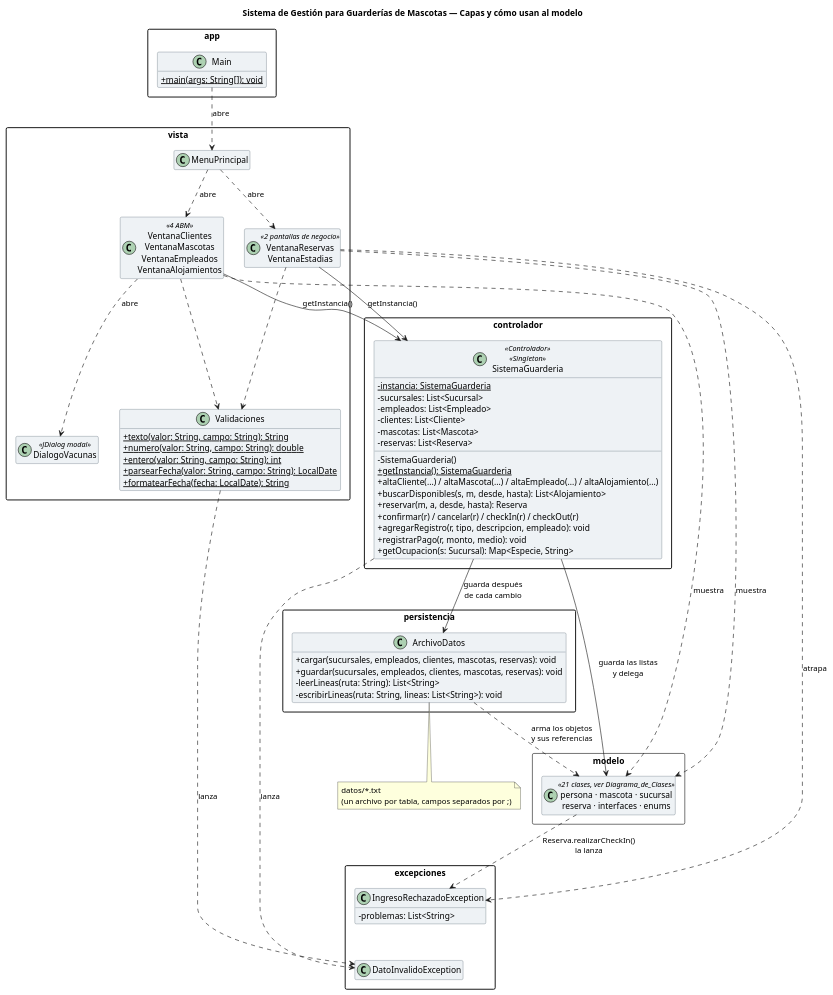
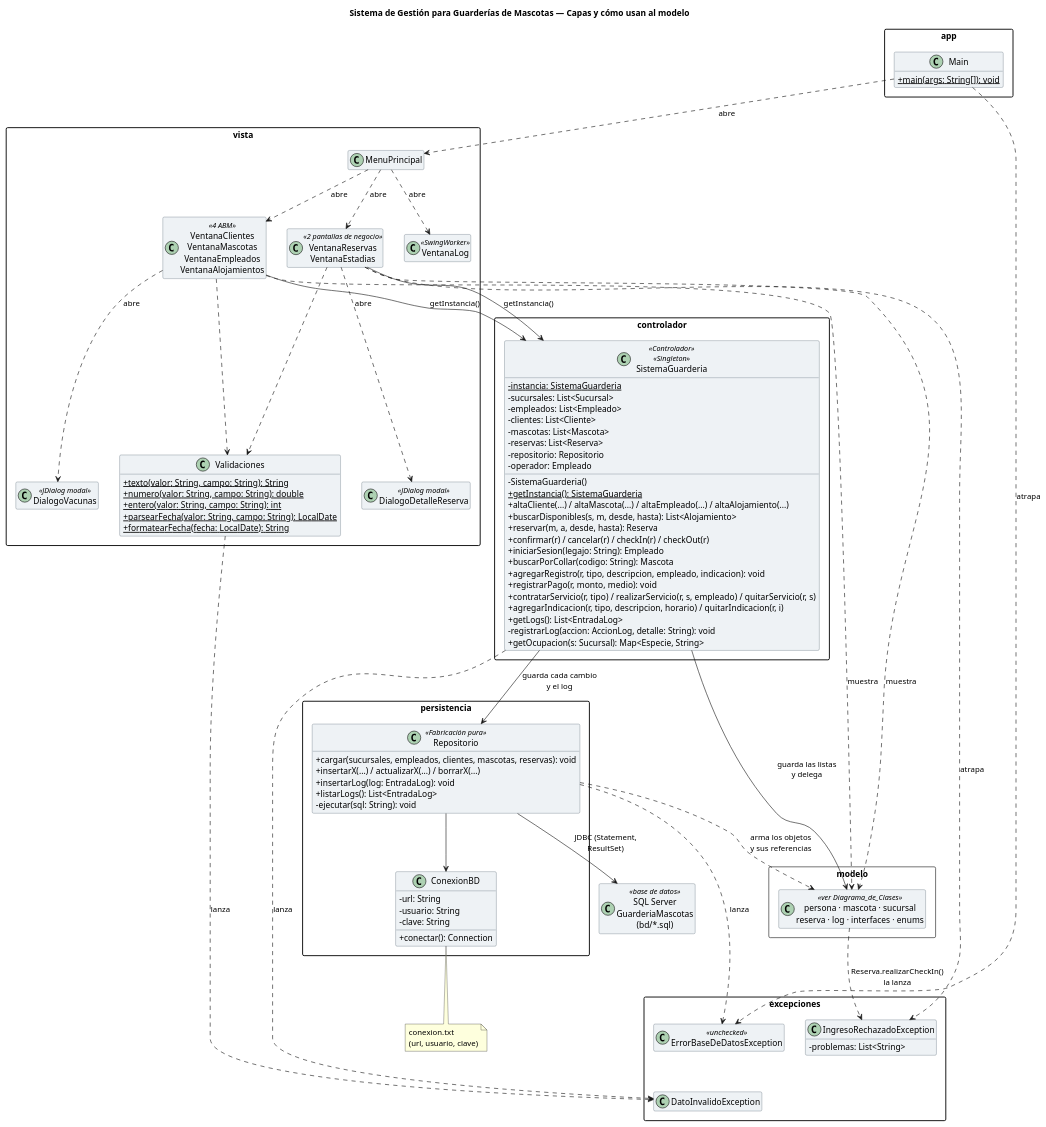
The diagram in diagrama/Diagrama_Capas.puml (felipemassun935/clase-poo-grupo4-tn), drawn with PlantUML before and after one commit. The commit also changed 50 other files, not shown here.

Commit message:
Servicios, indicaciones, collar, log y SQL Server

```diff
--- a/diagrama/Diagrama_Capas.puml
+++ b/diagrama/Diagrama_Capas.puml
@@ -1,97 +1,122 @@
 @startuml Diagrama_Capas
 title Sistema de Gestión para Guarderías de Mascotas — Capas y cómo usan al modelo
 skinparam classAttributeIconSize 0
 skinparam shadowing false
 skinparam packageStyle rectangle
 skinparam class {
   BackgroundColor #EEF2F5
   BorderColor #4A5A66
 }
 hide empty members
 
 package "app" {
   class Main {
     + {static} main(args: String[]): void
   }
 }
 
 package "vista" {
   class MenuPrincipal
   class "VentanaClientes\nVentanaMascotas\nVentanaEmpleados\nVentanaAlojamientos" as ABM <<4 ABM>>
   class "VentanaReservas\nVentanaEstadias" as Negocio <<2 pantallas de negocio>>
   class DialogoVacunas <<JDialog modal>>
+  class DialogoDetalleReserva <<JDialog modal>>
+  class VentanaLog <<SwingWorker>>
   class Validaciones {
     + {static} texto(valor: String, campo: String): String
     + {static} numero(valor: String, campo: String): double
     + {static} entero(valor: String, campo: String): int
     + {static} parsearFecha(valor: String, campo: String): LocalDate
     + {static} formatearFecha(fecha: LocalDate): String
   }
 }
 
 package "controlador" {
   class SistemaGuarderia <<Controlador>> <<Singleton>> {
     - {static} instancia: SistemaGuarderia
     - sucursales: List<Sucursal>
     - empleados: List<Empleado>
     - clientes: List<Cliente>
     - mascotas: List<Mascota>
     - reservas: List<Reserva>
     - SistemaGuarderia()
     + {static} getInstancia(): SistemaGuarderia
     + altaCliente(...) / altaMascota(...) / altaEmpleado(...) / altaAlojamiento(...)
     + buscarDisponibles(s, m, desde, hasta): List<Alojamiento>
     + reservar(m, a, desde, hasta): Reserva
     + confirmar(r) / cancelar(r) / checkIn(r) / checkOut(r)
-    + agregarRegistro(r, tipo, descripcion, empleado): void
+    - repositorio: Repositorio
+    - operador: Empleado
+    + iniciarSesion(legajo: String): Empleado
+    + buscarPorCollar(codigo: String): Mascota
+    + agregarRegistro(r, tipo, descripcion, empleado, indicacion): void
     + registrarPago(r, monto, medio): void
+    + contratarServicio(r, tipo) / realizarServicio(r, s, empleado) / quitarServicio(r, s)
+    + agregarIndicacion(r, tipo, descripcion, horario) / quitarIndicacion(r, i)
+    + getLogs(): List<EntradaLog>
+    - registrarLog(accion: AccionLog, detalle: String): void
     + getOcupacion(s: Sucursal): Map<Especie, String>
   }
 }
 
 package "persistencia" {
-  class ArchivoDatos {
+  class ConexionBD {
+    - url: String
+    - usuario: String
+    - clave: String
+    + conectar(): Connection
+  }
+  class Repositorio <<Fabricación pura>> {
     + cargar(sucursales, empleados, clientes, mascotas, reservas): void
-    + guardar(sucursales, empleados, clientes, mascotas, reservas): void
-    - leerLineas(ruta: String): List<String>
-    - escribirLineas(ruta: String, lineas: List<String>): void
+    + insertarX(...) / actualizarX(...) / borrarX(...)
+    + insertarLog(log: EntradaLog): void
+    + listarLogs(): List<EntradaLog>
+    - ejecutar(sql: String): void
   }
+  Repositorio --> ConexionBD
 }
 
 package "excepciones" {
   class IngresoRechazadoException {
     - problemas: List<String>
   }
   class DatoInvalidoException
+  class ErrorBaseDeDatosException <<unchecked>>
   IngresoRechazadoException -[hidden]- DatoInvalidoException
 }
 
 package "modelo" <<Rectangle>> {
-  class "persona · mascota · sucursal\nreserva · interfaces · enums" as Modelo <<21 clases, ver Diagrama_de_Clases>>
+  class "persona · mascota · sucursal\nreserva · log · interfaces · enums" as Modelo <<ver Diagrama_de_Clases>>
 }
 
-note "datos/*.txt\n(un archivo por tabla, campos separados por ;)" as Archivos
+class "SQL Server\nGuarderiaMascotas\n(bd/*.sql)" as BD <<base de datos>>
+note "conexion.txt\n(url, usuario, clave)" as Archivo
 
 Main ..> MenuPrincipal : abre
 MenuPrincipal ..> ABM : abre
 MenuPrincipal ..> Negocio : abre
 ABM ..> DialogoVacunas : abre
+Negocio ..> DialogoDetalleReserva : abre
+MenuPrincipal ..> VentanaLog : abre
 ABM ..> Validaciones
 Negocio ..> Validaciones
 
 ABM --> SistemaGuarderia : getInstancia()
 Negocio --> SistemaGuarderia : getInstancia()
 ABM ..> Modelo : muestra
 Negocio ..> Modelo : muestra
 
 SistemaGuarderia --> Modelo : guarda las listas\ny delega
-SistemaGuarderia --> ArchivoDatos : guarda después\nde cada cambio
-ArchivoDatos ..> Modelo : arma los objetos\ny sus referencias
-ArchivoDatos .. Archivos
+SistemaGuarderia --> Repositorio : guarda cada cambio\ny el log
+Repositorio ..> Modelo : arma los objetos\ny sus referencias
+ConexionBD .. Archivo
+Repositorio --> BD : JDBC (Statement,\nResultSet)
+Repositorio ..> ErrorBaseDeDatosException : lanza
+Main ..> ErrorBaseDeDatosException : atrapa
 
 Modelo ..> IngresoRechazadoException : Reserva.realizarCheckIn()\nla lanza
 SistemaGuarderia ..> DatoInvalidoException : lanza
 Validaciones ..> DatoInvalidoException : lanza
 Negocio ..> IngresoRechazadoException : atrapa
 
 @enduml
```
